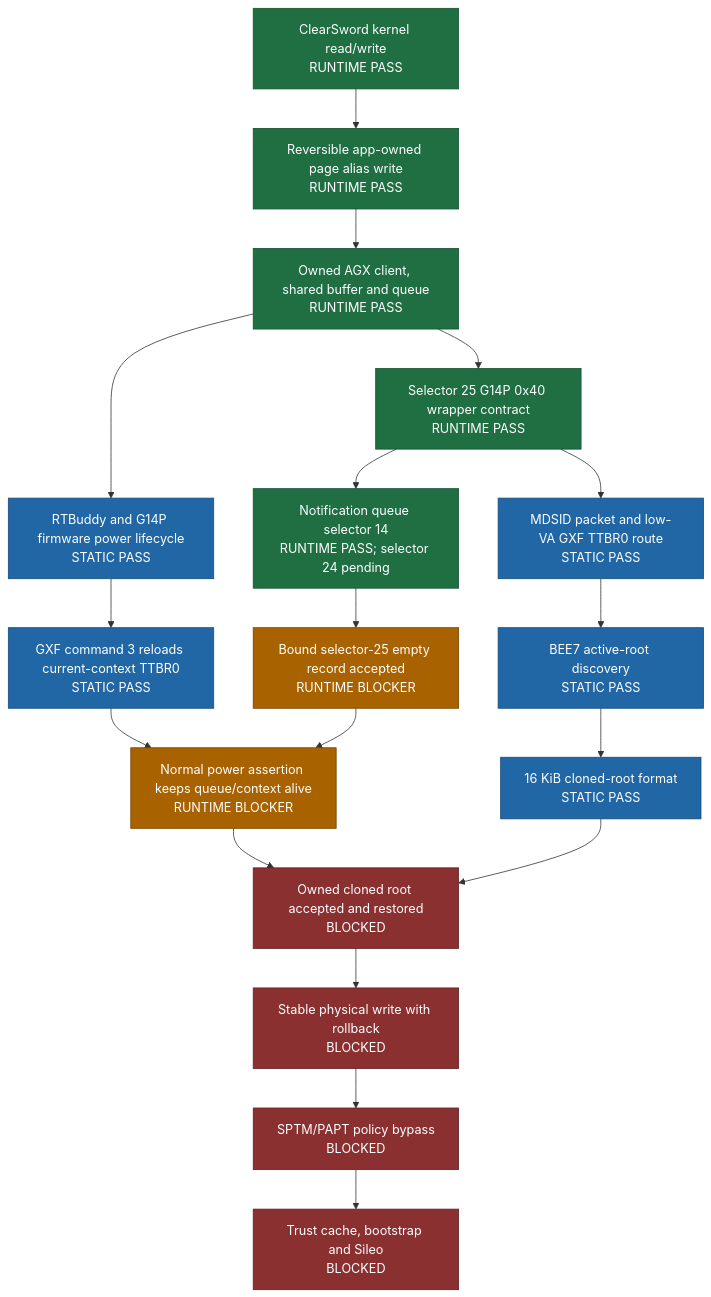
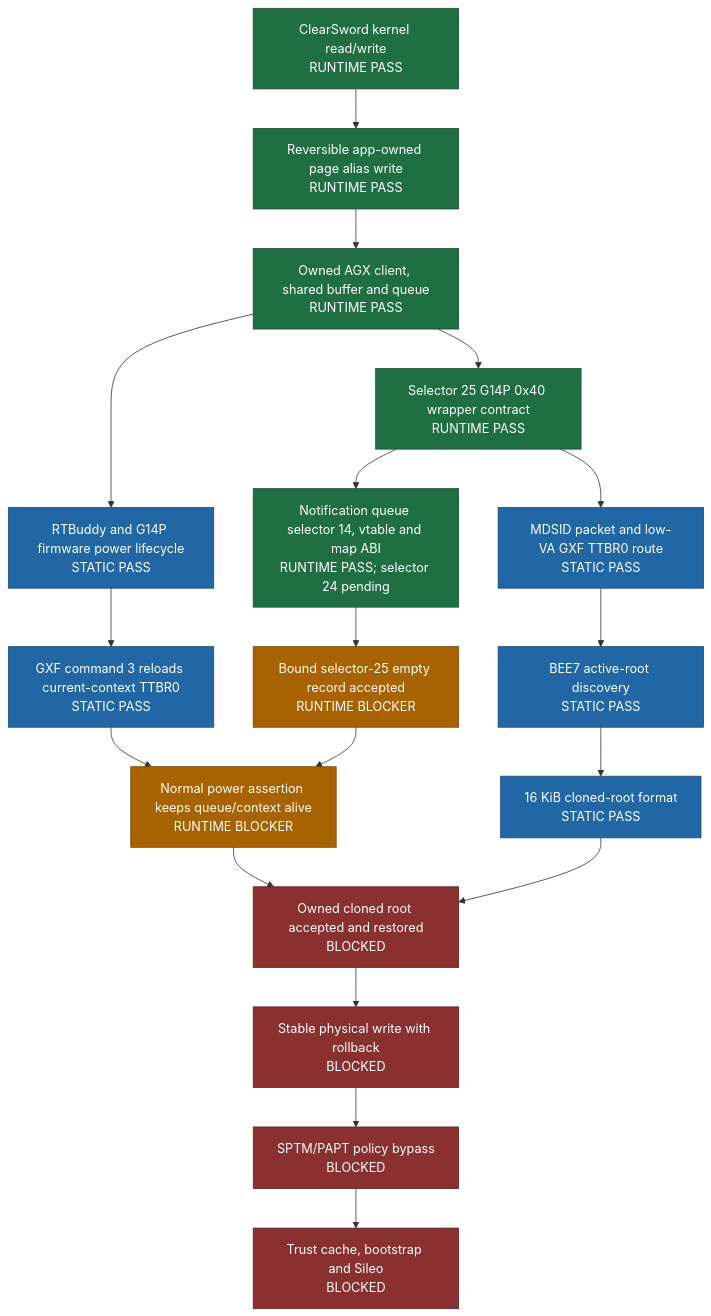
The diagram in README.md (Philiphall6/Dopamine-private), drawn with Mermaid before and after one commit. The commit also changed other lines of this file and 8 other files, not shown here.

Commit message:
Correct AGX notification map contract

````diff
--- a/README.md
+++ b/README.md
@@ -22,36 +22,36 @@
 ```mermaid
 flowchart TD
     A[ClearSword kernel read/write<br/>RUNTIME PASS]
     B[Reversible app-owned page alias write<br/>RUNTIME PASS]
     C[Owned AGX client, shared buffer and queue<br/>RUNTIME PASS]
     D[Selector 25 G14P 0x40 wrapper contract<br/>RUNTIME PASS]
-    E[Notification queue selector 14<br/>RUNTIME PASS; selector 24 pending]
+    E[Notification queue selector 14, vtable and map ABI<br/>RUNTIME PASS; selector 24 pending]
     P[MDSID packet and low-VA GXF TTBR0 route<br/>STATIC PASS]
     F[BEE7 active-root discovery<br/>STATIC PASS]
     G[16 KiB cloned-root format<br/>STATIC PASS]
     H[RTBuddy and G14P firmware power lifecycle<br/>STATIC PASS]
     I[GXF command 3 reloads current-context TTBR0<br/>STATIC PASS]
     J[Bound selector-25 empty record accepted<br/>RUNTIME BLOCKER]
     K[Normal power assertion keeps queue/context alive<br/>RUNTIME BLOCKER]
     L[Owned cloned root accepted and restored<br/>BLOCKED]
     M[Stable physical write with rollback<br/>BLOCKED]
     N[SPTM/PAPT policy bypass<br/>BLOCKED]
     O[Trust cache, bootstrap and Sileo<br/>BLOCKED]
 
     A --> B --> C --> D --> E --> J
     C --> H --> I --> K
     D --> P --> F --> G
     J --> K --> L --> M --> N --> O
     G --> L
 
     classDef runtime fill:#1f6f43,color:#fff,stroke:#164f31
     classDef static fill:#2166a5,color:#fff,stroke:#174a78
     classDef pending fill:#a86200,color:#fff,stroke:#744400
     classDef blocked fill:#8a3030,color:#fff,stroke:#5e2020
     class A,B,C runtime
     class D runtime
     class E runtime
     class P,F,G,H,I static
     class J,K pending
     class L,M,N,O blocked
 ```
````
